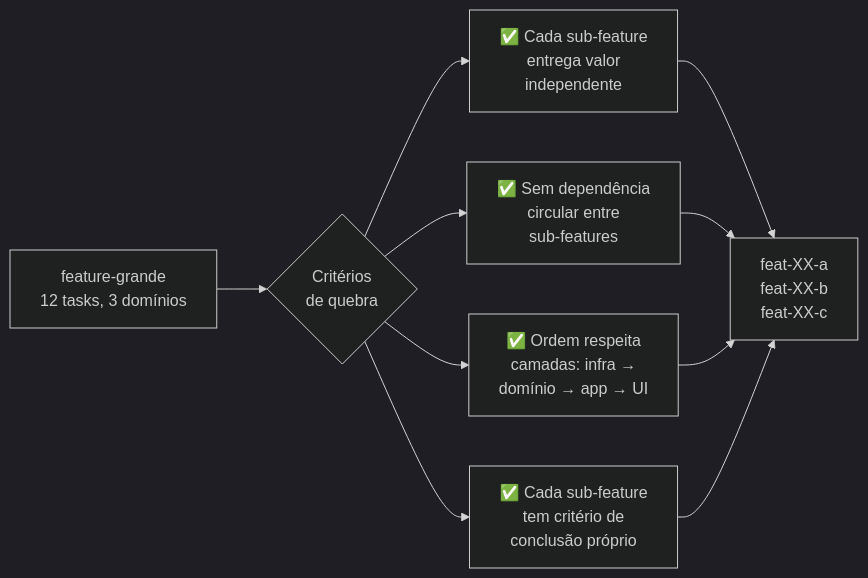
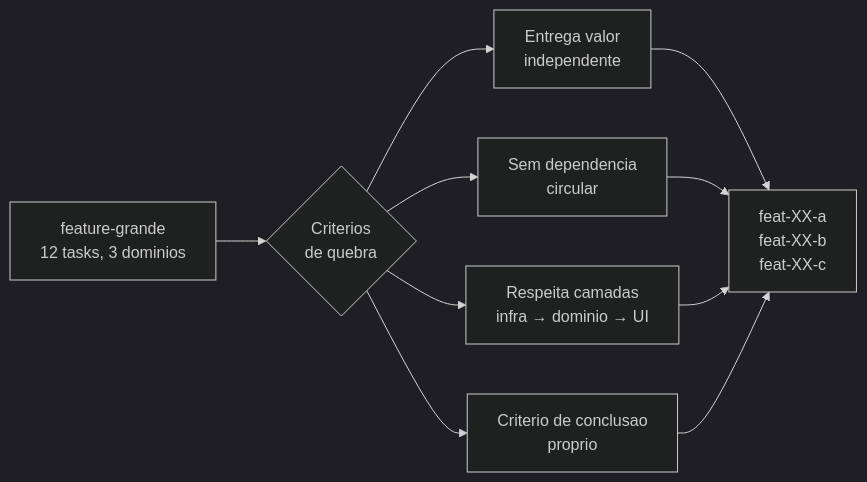
The second of 4 diagrams in npm/README.md (nathanramorim/forge-sdd), drawn with Mermaid (dark theme) before and after one commit. The commit also changed other lines of this file, not shown here.

Commit message:
fix(npm-readme): corrige diagramas Mermaid (br ao inves de \n, remove emojis)

````diff
--- a/npm/README.md
+++ b/npm/README.md
@@ -123,11 +123,9 @@
 ```mermaid
 flowchart LR
-    A["feature-grande\n12 tasks, 3 domínios"] --> B{Critérios\nde quebra}
-
-    B --> C["✅ Cada sub-feature\nentrega valor\nindependente"]
-    B --> D["✅ Sem dependência\ncircular entre\nsub-features"]
-    B --> E["✅ Ordem respeita\ncamadas: infra →\ndomínio → app → UI"]
-    B --> F["✅ Cada sub-feature\ntem critério de\nconclusão próprio"]
-
-    C & D & E & F --> G["feat-XX-a\nfeat-XX-b\nfeat-XX-c"]
+    A["feature-grande<br/>12 tasks, 3 dominios"] --> B{"Criterios<br/>de quebra"}
+    B --> C["Entrega valor<br/>independente"]
+    B --> D["Sem dependencia<br/>circular"]
+    B --> E["Respeita camadas<br/>infra → dominio → UI"]
+    B --> F["Criterio de conclusao<br/>proprio"]
+    C & D & E & F --> G["feat-XX-a<br/>feat-XX-b<br/>feat-XX-c"]
 ```
````
